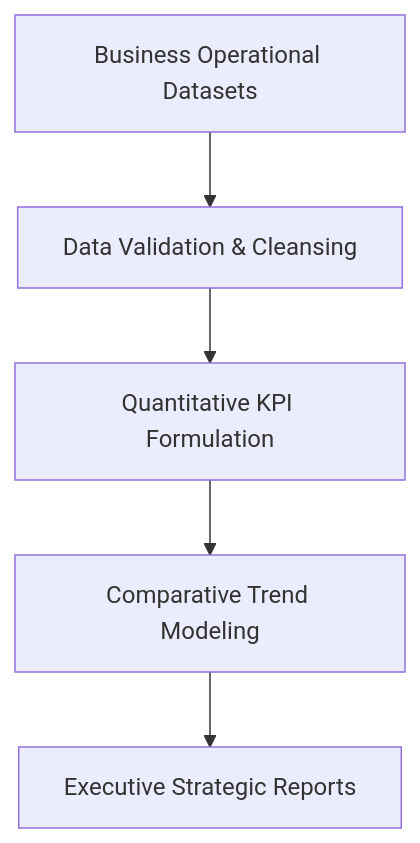
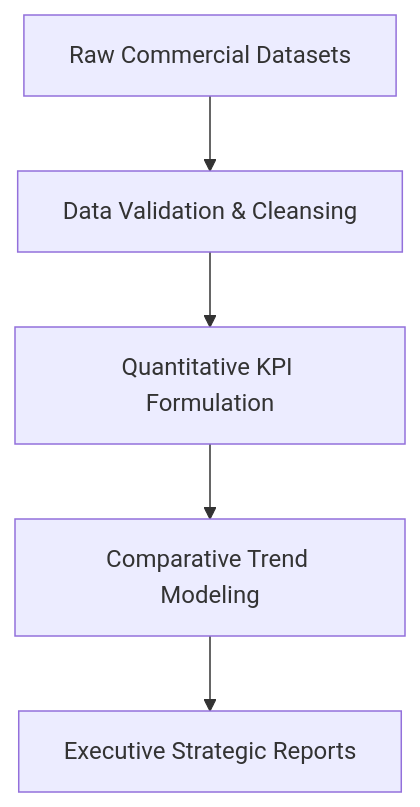
One commit to Amaraiah11/Business_Project_Analaysis changed the diagram in README.md. Above: the diagram before and after it, drawn with Mermaid. The commit also changed other lines of this file, not shown here.

Commit message:
docs: elevate README to 10/10 Apply Pilot standard with interactive architectures, skill icons, and setup instructions

````diff
--- a/README.md
+++ b/README.md
@@ -41,7 +63,7 @@
 ```mermaid
 flowchart TD
-    A["Business Operational Datasets"] --> B["Data Validation & Cleansing"]
+    A["Raw Commercial Datasets"] --> B["Data Validation & Cleansing"]
     B --> C["Quantitative KPI Formulation"]
     C --> D["Comparative Trend Modeling"]
     D --> E["Executive Strategic Reports"]
 ```
````
